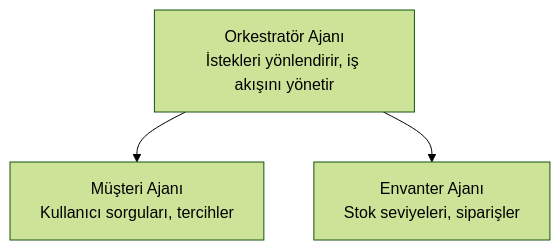
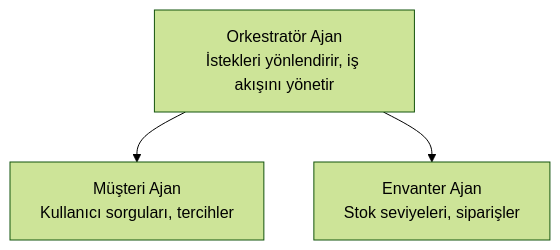
Before and after one commit to microsoft/AZD-for-beginners: the diagram in translations/tr/docs/chapter-05-multi-agent/README.md, drawn with Mermaid (forest theme). The commit also changed other lines of this file and 61 other files, not shown here.

````diff
--- a/translations/tr/docs/chapter-05-multi-agent/README.md
+++ b/translations/tr/docs/chapter-05-multi-agent/README.md
@@ -54,5 +54,5 @@
 ```mermaid
 graph TD
-    Orchestrator[Orkestratör Ajanı<br/>İstekleri yönlendirir, iş akışını yönetir] --> Customer[Müşteri Ajanı<br/>Kullanıcı sorguları, tercihler]
-    Orchestrator --> Inventory[Envanter Ajanı<br/>Stok seviyeleri, siparişler]
+    Orchestrator[Orkestratör Ajan<br/>İstekleri yönlendirir, iş akışını yönetir] --> Customer[Müşteri Ajan<br/>Kullanıcı sorguları, tercihler]
+    Orchestrator --> Inventory[Envanter Ajan<br/>Stok seviyeleri, siparişler]
 ```
````
